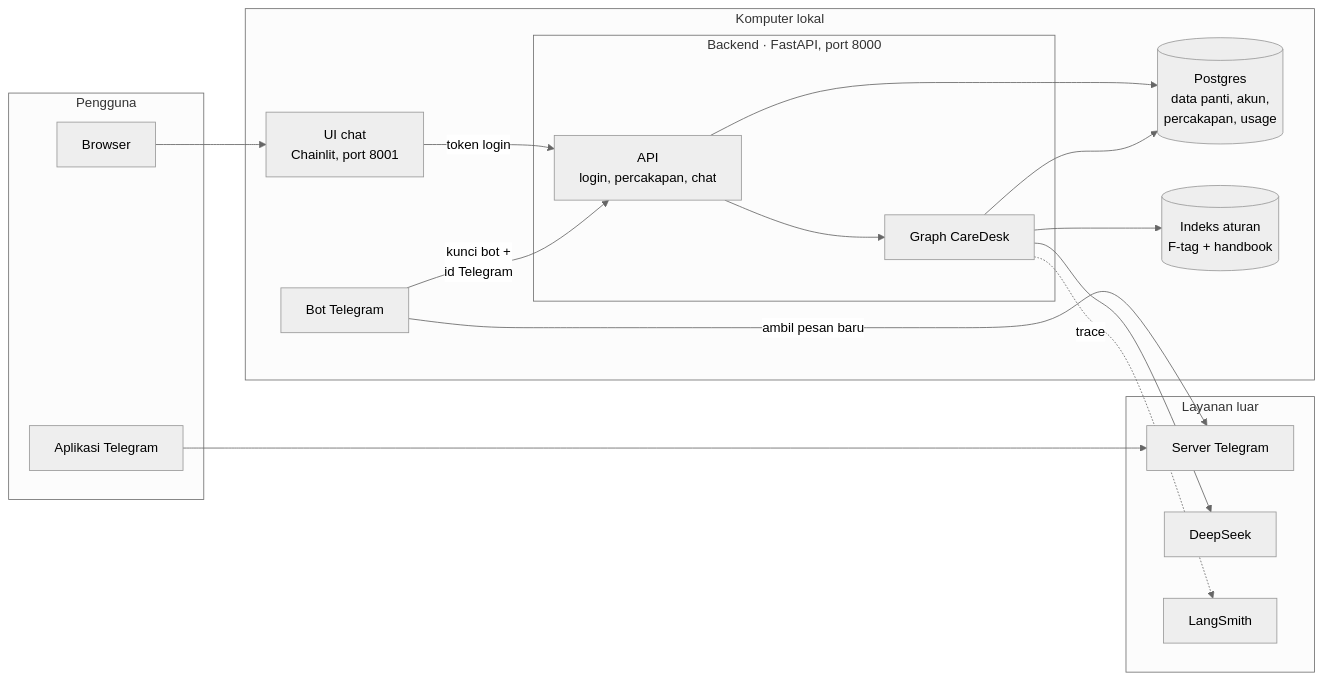
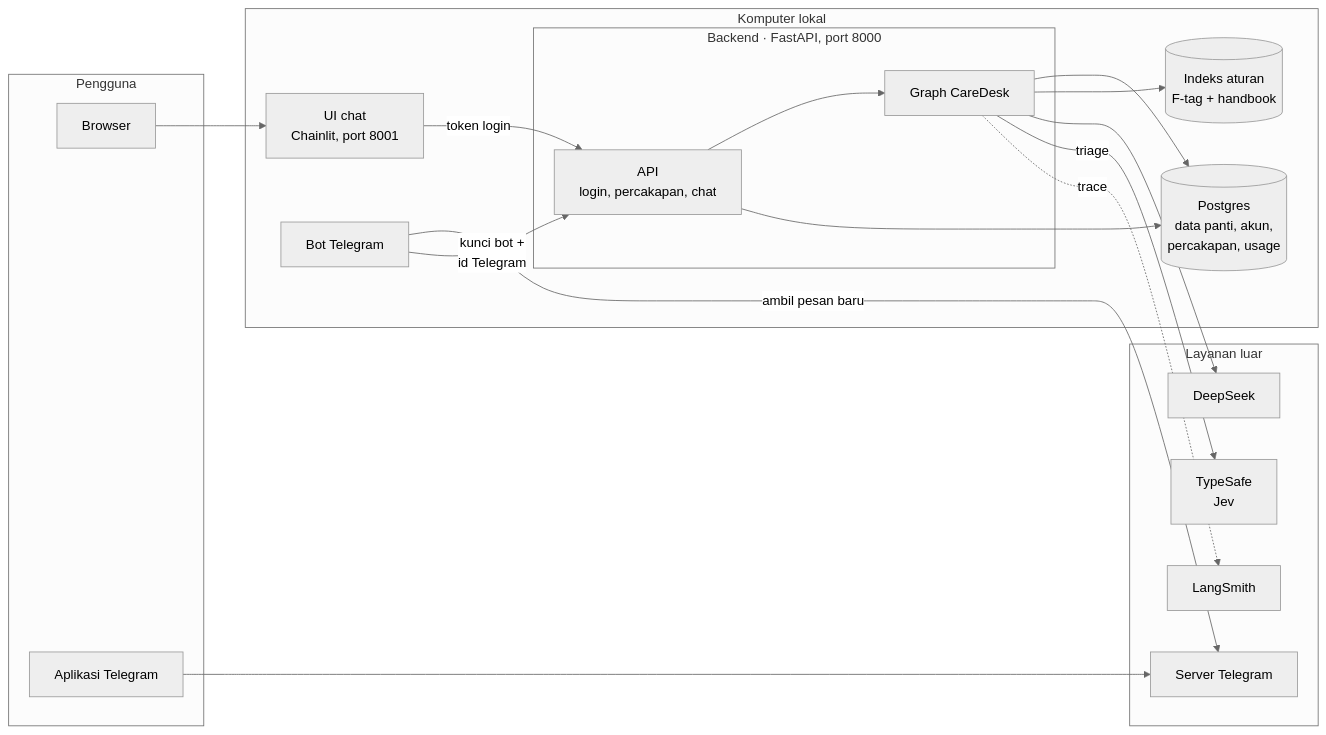
Before and after one commit to rozi-bb/caredesk: the first of 2 diagrams in docs/architecture.id.md, drawn with Mermaid (neutral theme). The commit also changed other lines of this file and 26 other files, not shown here.

First line of the commit message:
Triage pakai Jev, DeepSeek sebagai cadangan (ADR-0029)

````diff
--- a/docs/architecture.id.md
+++ b/docs/architecture.id.md
@@ -19,36 +19,38 @@
 ```mermaid
 flowchart LR
     subgraph user["Pengguna"]
         W["Browser"]
         TG["Aplikasi Telegram"]
     end
 
     subgraph local["Komputer lokal"]
         C["UI chat<br/>Chainlit, port 8001"]
         BOT["Bot Telegram"]
         subgraph be["Backend · FastAPI, port 8000"]
             API["API<br/>login, percakapan, chat"]
             G["Graph CareDesk"]
         end
         PG[("Postgres<br/>data panti, akun,<br/>percakapan, usage")]
         IDX[("Indeks aturan<br/>F-tag + handbook")]
     end
 
     subgraph ext["Layanan luar"]
         TS["Server Telegram"]
         DS["DeepSeek"]
+        JEV["TypeSafe<br/>Jev"]
         LS["LangSmith"]
     end
 
     W --> C
     TG --> TS
     BOT -->|"ambil pesan baru"| TS
     C -->|"token login"| API
     BOT -->|"kunci bot +<br/>id Telegram"| API
     API --> G
     API --> PG
     G --> PG
     G --> IDX
     G --> DS
+    G -->|"triage"| JEV
     G -.->|"trace"| LS
 ```
````
